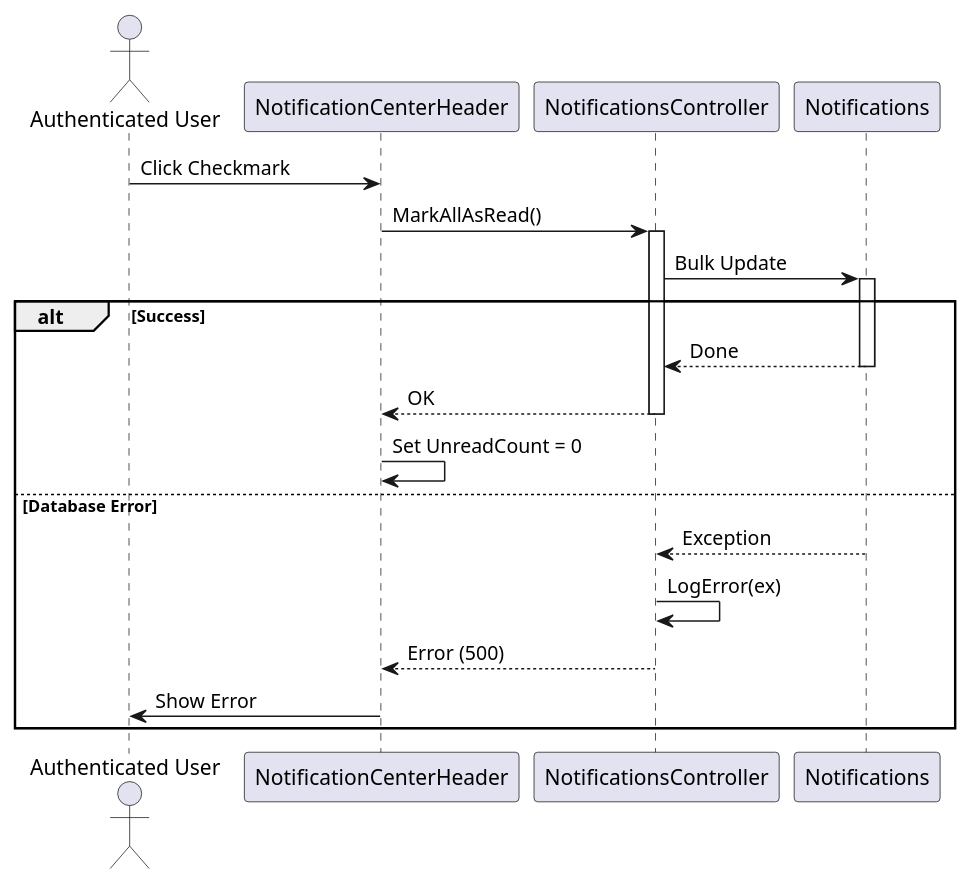
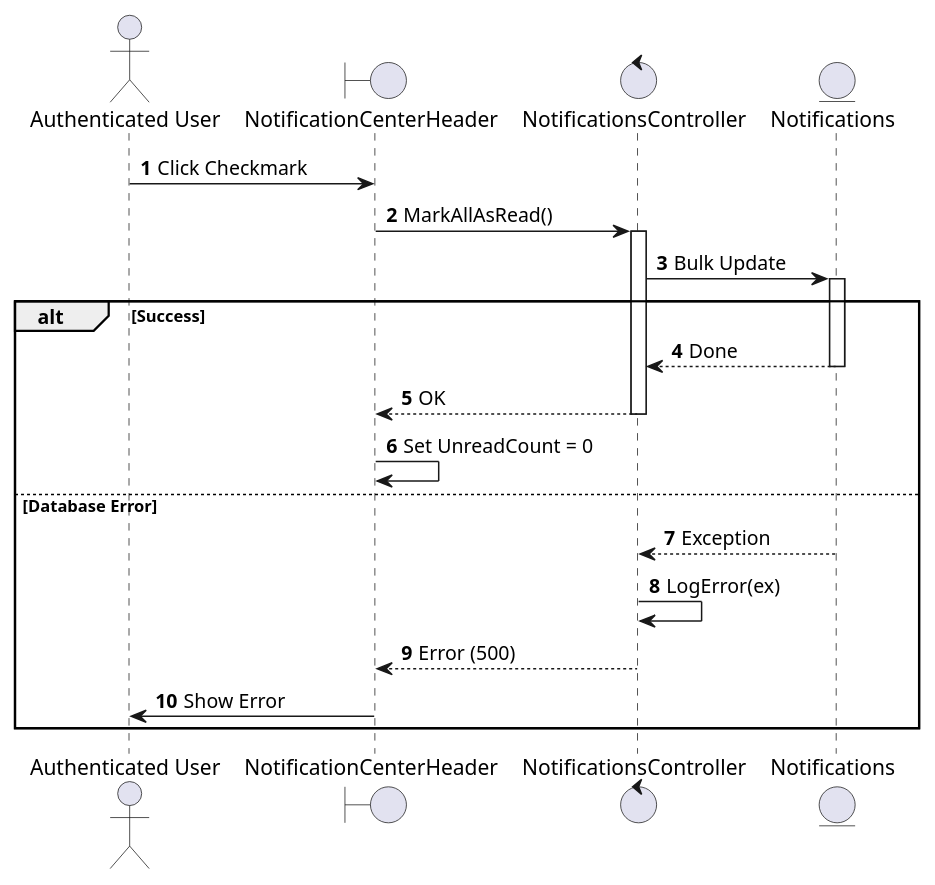
The sixth of 10 diagrams in UC_2.1.8_Monitor_Notification.md (I-Love-U-3000/Favi-BE), drawn with PlantUML before and after one commit. The commit also changed other lines of this file and 36 other files, not shown here.

````diff
--- a/UC_2.1.8_Monitor_Notification.md
+++ b/UC_2.1.8_Monitor_Notification.md
@@ -229,28 +219,29 @@
 ```plantuml
 @startuml
+autonumber
 actor "Authenticated User" as User
-participant "NotificationCenterHeader" as View
-participant "NotificationsController" as Controller
-participant "Notifications" as DB
+boundary "NotificationCenterHeader" as View
+control "NotificationsController" as Controller
+entity "Notifications" as DB
 
 User -> View: Click Checkmark
 View -> Controller: MarkAllAsRead()
 activate Controller
 Controller -> DB: Bulk Update
 activate DB
 alt Success
     DB --> Controller: Done
     deactivate DB
     Controller --> View: OK
     deactivate Controller
     View -> View: Set UnreadCount = 0
 else Database Error
     DB --> Controller: Exception
     deactivate DB
     Controller -> Controller: LogError(ex)
     Controller --> View: Error (500)
     deactivate Controller
     View -> User: Show Error
 end
 @enduml
 ```
````
